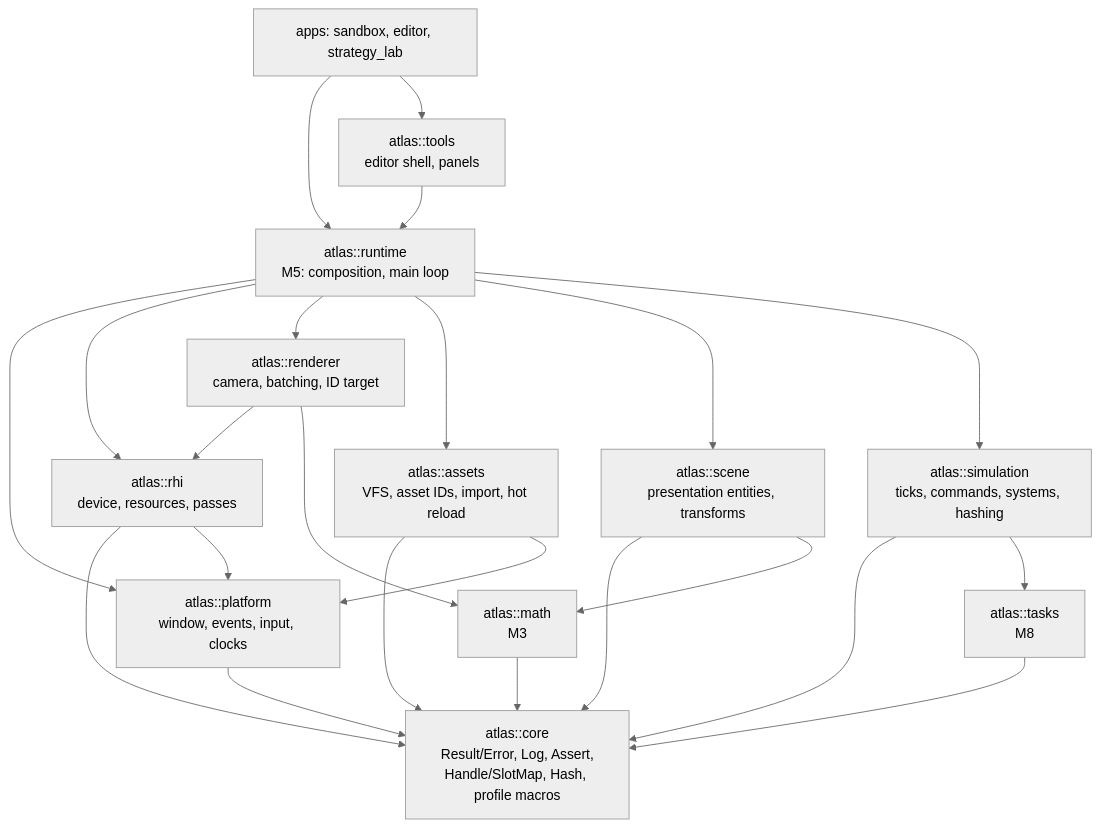
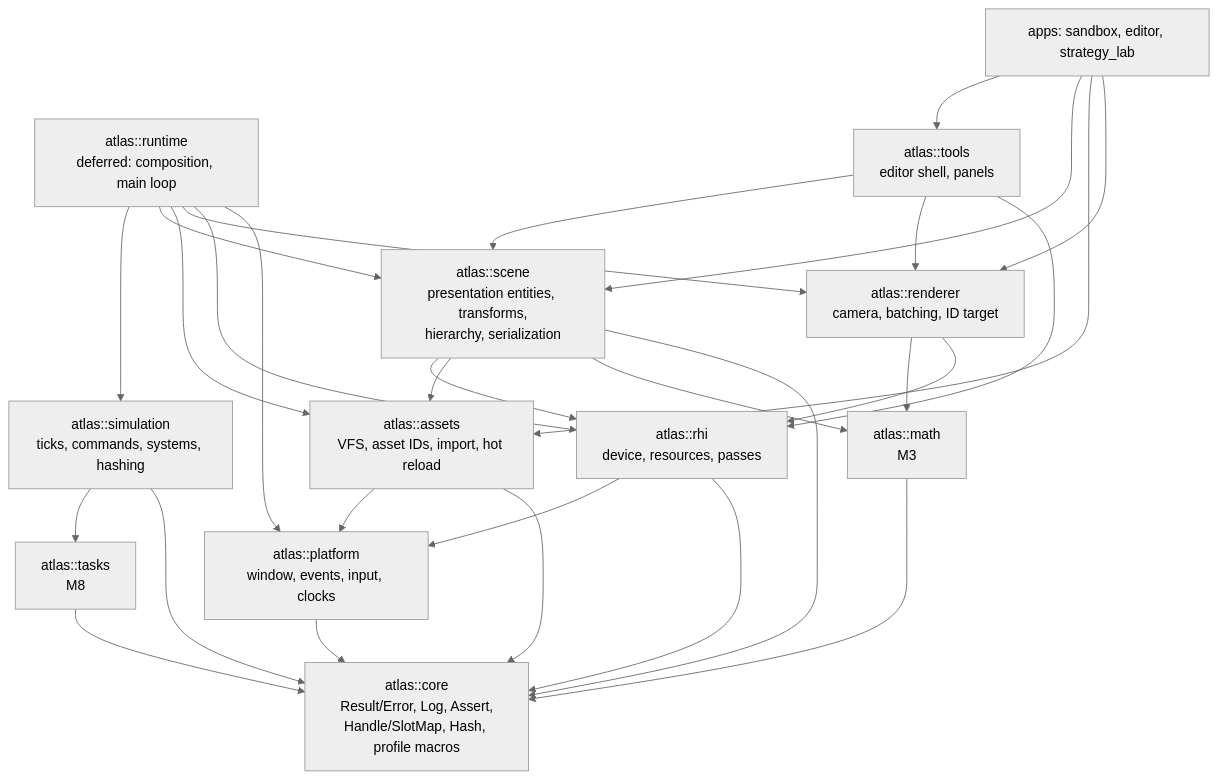
Before and after one commit to happyc0der/atlas-engine: the first of 2 diagrams in docs/ARCHITECTURE.md, drawn with Mermaid (neutral theme). The commit also changed other lines of this file and 33 other files, not shown here.

First line of the commit message:
M5: scene, hierarchy, and versioned serialization

````diff
--- a/docs/ARCHITECTURE.md
+++ b/docs/ARCHITECTURE.md
@@ -9,38 +9,44 @@
 ```mermaid
 graph TD
   core[atlas::core<br/>Result/Error, Log, Assert,<br/>Handle/SlotMap, Hash, profile macros]
   math[atlas::math<br/>M3]
   platform[atlas::platform<br/>window, events, input, clocks]
   tasks[atlas::tasks<br/>M8]
   rhi[atlas::rhi<br/>device, resources, passes]
   renderer[atlas::renderer<br/>camera, batching, ID target]
   assets[atlas::assets<br/>VFS, asset IDs, import, hot reload]
-  scene[atlas::scene<br/>presentation entities, transforms]
+  scene[atlas::scene<br/>presentation entities, transforms,<br/>hierarchy, serialization]
   simulation[atlas::simulation<br/>ticks, commands, systems, hashing]
-  runtime[atlas::runtime<br/>M5: composition, main loop]
+  runtime[atlas::runtime<br/>deferred: composition, main loop]
   tools[atlas::tools<br/>editor shell, panels]
   apps[apps: sandbox, editor, strategy_lab]
 
   platform --> core
   math --> core
   tasks --> core
   rhi --> core
   rhi --> platform
   renderer --> rhi
   renderer --> math
   assets --> core
   assets --> platform
   scene --> core
   scene --> math
+  scene --> assets
+  scene --> rhi
   simulation --> core
   simulation --> tasks
   runtime --> platform
   runtime --> rhi
   runtime --> renderer
   runtime --> assets
   runtime --> scene
   runtime --> simulation
-  tools --> runtime
-  apps --> runtime
+  tools --> rhi
+  tools --> renderer
+  tools --> scene
+  apps --> renderer
+  apps --> assets
+  apps --> scene
   apps --> tools
 ```
````
